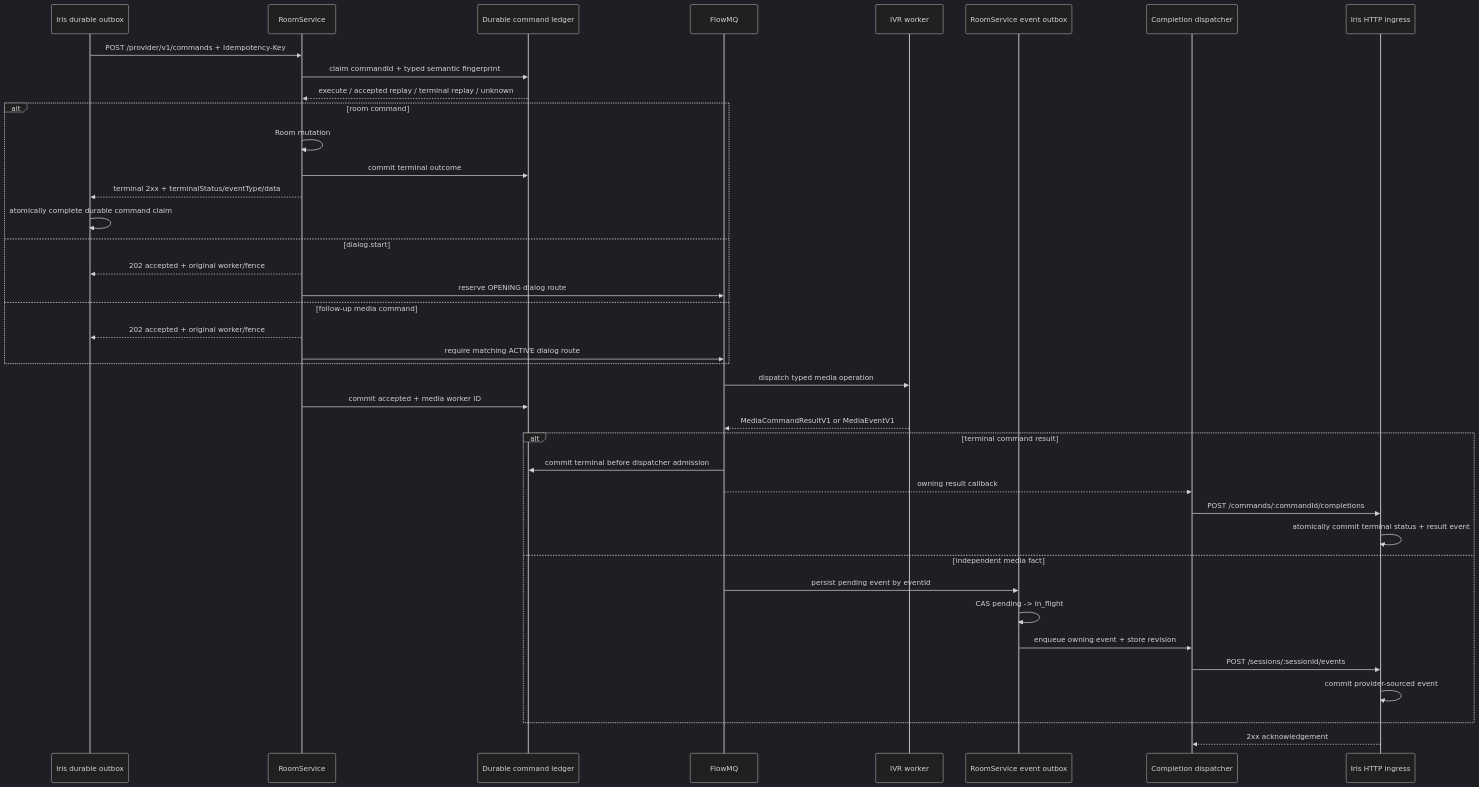
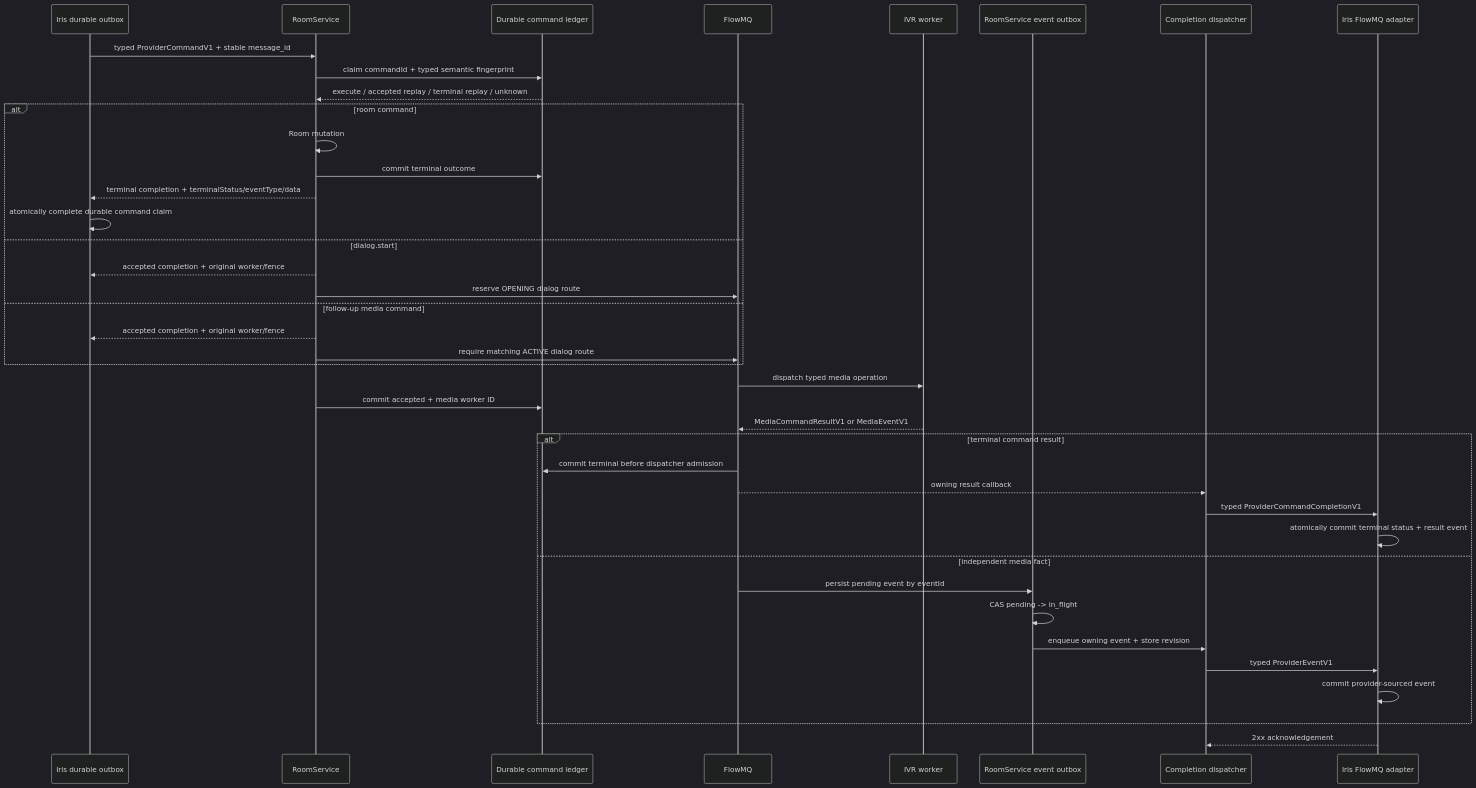
One commit to qigao/turbomedia changed the seventh of 9 diagrams in webrtc/docs/ivr-production-readiness-design-zh.md. Above: the diagram before and after it, drawn with Mermaid (dark theme). The commit also changed other lines of this file and 74 other files, not shown here.

Commit message:
refactor(webrtc): migrate FlowMQ and TurboDB ORM

````diff
--- a/webrtc/docs/ivr-production-readiness-design-zh.md
+++ b/webrtc/docs/ivr-production-readiness-design-zh.md
@@ -356,43 +363,43 @@
 ```mermaid
 sequenceDiagram
   participant I as Iris durable outbox
   participant R as RoomService
   participant L as Durable command ledger
   participant F as FlowMQ
   participant W as IVR worker
   participant O as RoomService event outbox
   participant D as Completion dispatcher
-  participant A as Iris HTTP ingress
+  participant A as Iris FlowMQ adapter
 
-  I->>R: POST /provider/v1/commands + Idempotency-Key
+  I->>R: typed ProviderCommandV1 + stable message_id
   R->>L: claim commandId + typed semantic fingerprint
   L-->>R: execute / accepted replay / terminal replay / unknown
   alt room command
     R->>R: Room mutation
     R->>L: commit terminal outcome
-    R-->>I: terminal 2xx + terminalStatus/eventType/data
+    R-->>I: terminal completion + terminalStatus/eventType/data
     I->>I: atomically complete durable command claim
   else dialog.start
-    R-->>I: 202 accepted + original worker/fence
+    R-->>I: accepted completion + original worker/fence
     R->>F: reserve OPENING dialog route
   else follow-up media command
-    R-->>I: 202 accepted + original worker/fence
+    R-->>I: accepted completion + original worker/fence
     R->>F: require matching ACTIVE dialog route
   end
   F->>W: dispatch typed media operation
   R->>L: commit accepted + media worker ID
   W-->>F: MediaCommandResultV1 or MediaEventV1
   alt terminal command result
     F->>L: commit terminal before dispatcher admission
     F-->>D: owning result callback
-    D->>A: POST /commands/:commandId/completions
+    D->>A: typed ProviderCommandCompletionV1
     A->>A: atomically commit terminal status + result event
   else independent media fact
     F->>O: persist pending event by eventId
     O->>O: CAS pending -> in_flight
     O->>D: enqueue owning event + store revision
-    D->>A: POST /sessions/:sessionId/events
+    D->>A: typed ProviderEventV1
     A->>A: commit provider-sourced event
   end
   A-->>D: 2xx acknowledgement
 ```
````
